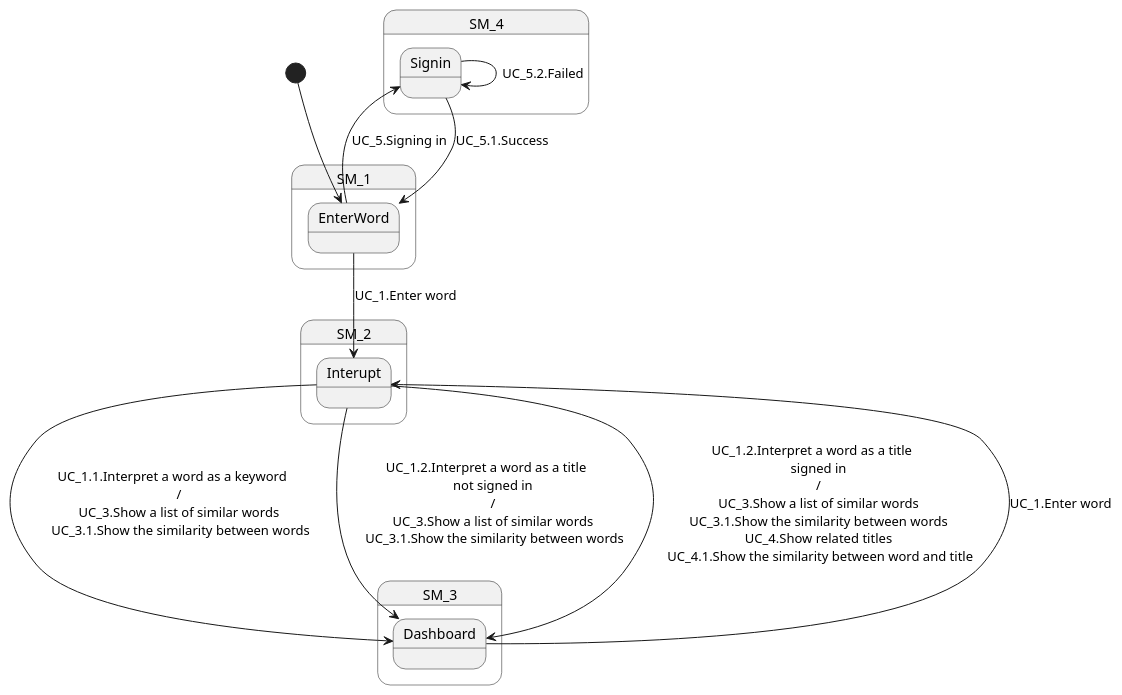
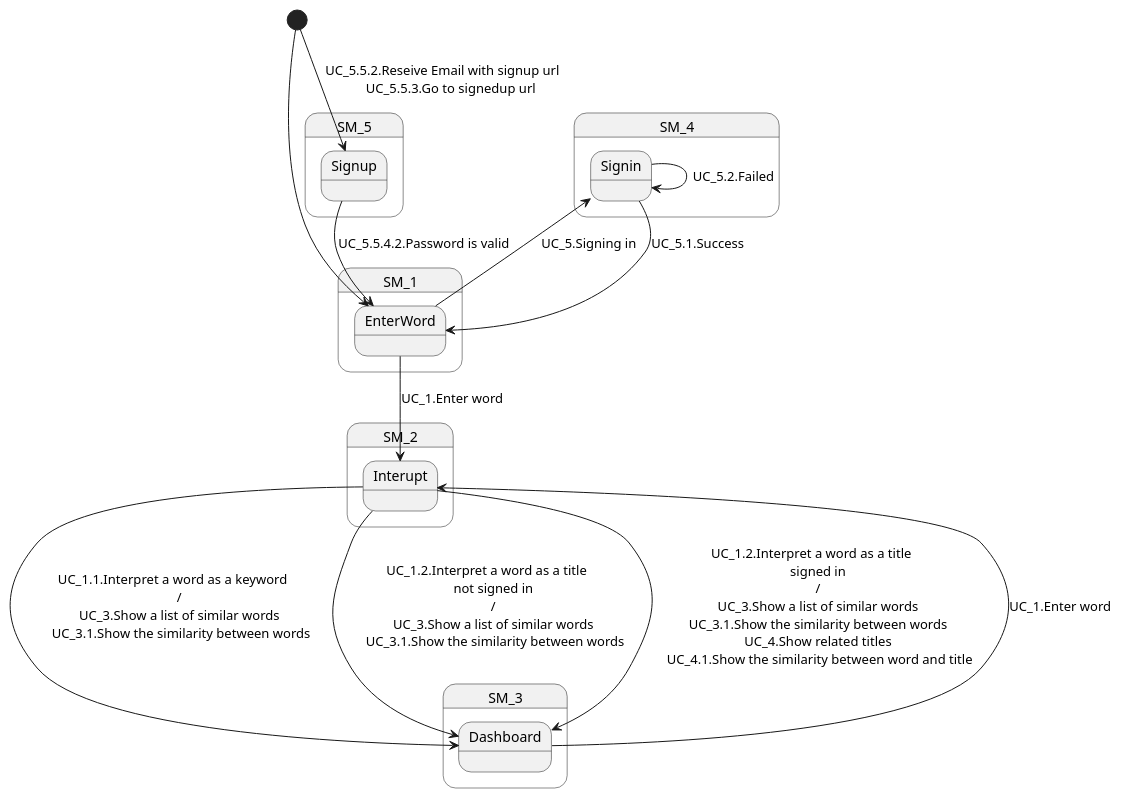
The diagram in web/doc/state_chart/state.pu (azarashin/Word2VecSOM), drawn with PlantUML before and after one commit. The commit also changed 3 other files, not shown here.

Commit message:
update diagrams for signup

```diff
--- a/web/doc/state_chart/state.pu
+++ b/web/doc/state_chart/state.pu
@@ -1,37 +1,43 @@
 @startuml
 
 [*] --> SM_1.EnterWord
+[*] --> SM_5.Signup : \
+    UC_5.5.2.Reseive Email with signup url \n\
+    UC_5.5.3.Go to signedup url
+
 SM_1.EnterWord --> SM_2.Interupt : UC_1.Enter word
+SM_1.EnterWord -up-> SM_4.Signin : UC_5.Signing in
 
 SM_2.Interupt --> SM_3.Dashboard : \
     UC_1.1.Interpret a word as a keyword \n\
     / \n\
     UC_3.Show a list of similar words \n\
     UC_3.1.Show the similarity between words
 
 SM_2.Interupt --> SM_3.Dashboard : \
     UC_1.2.Interpret a word as a title \n\
     not signed in \n\
     / \n\
     UC_3.Show a list of similar words \n\
     UC_3.1.Show the similarity between words
 
 SM_2.Interupt --> SM_3.Dashboard : \
     UC_1.2.Interpret a word as a title \n\
     signed in \n\
     / \n\
     UC_3.Show a list of similar words \n\
     UC_3.1.Show the similarity between words \n\
     UC_4.Show related titles \n\
     UC_4.1.Show the similarity between word and title
 
 
 
 SM_3.Dashboard --> SM_2.Interupt : UC_1.Enter word
 
-SM_1.EnterWord -up-> SM_4.Signin : UC_5.Signing in
 SM_4.Signin --> SM_1.EnterWord : UC_5.1.Success
 SM_4.Signin --> SM_4.Signin : UC_5.2.Failed
 
+SM_5.Signup --> SM_1.EnterWord : UC_5.5.4.2.Password is valid
+
 
 @enduml
```
